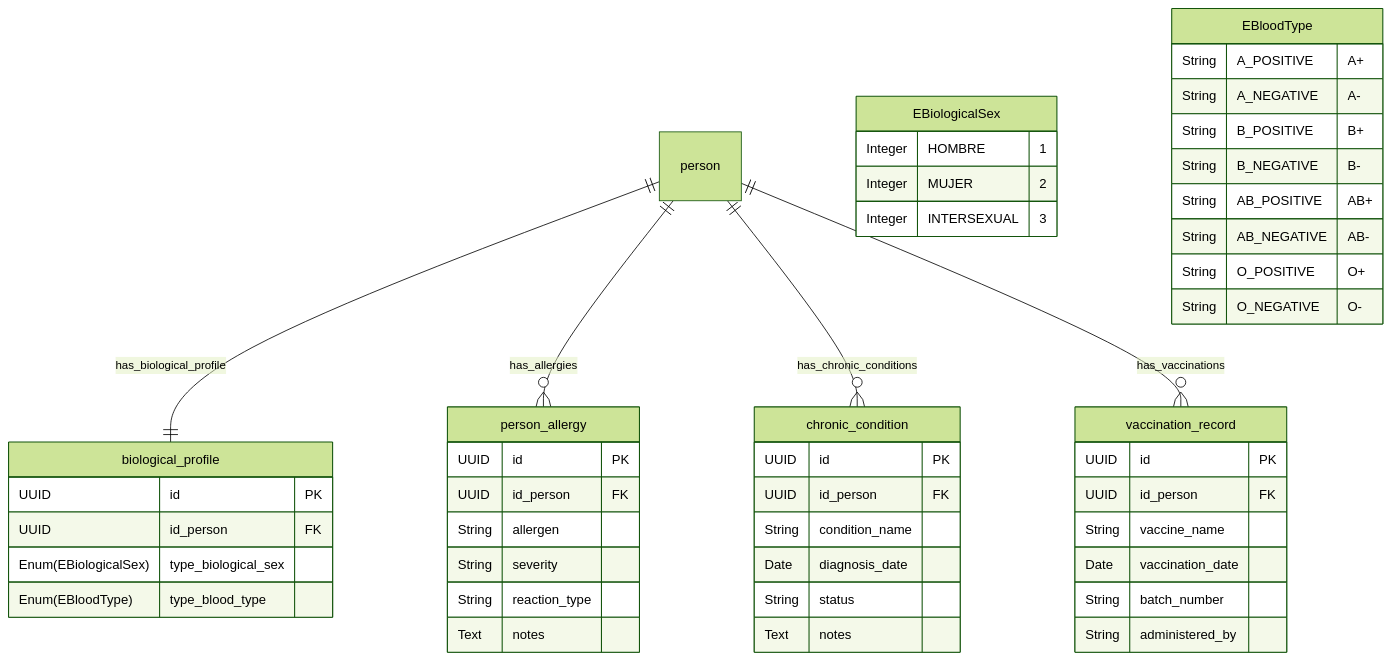
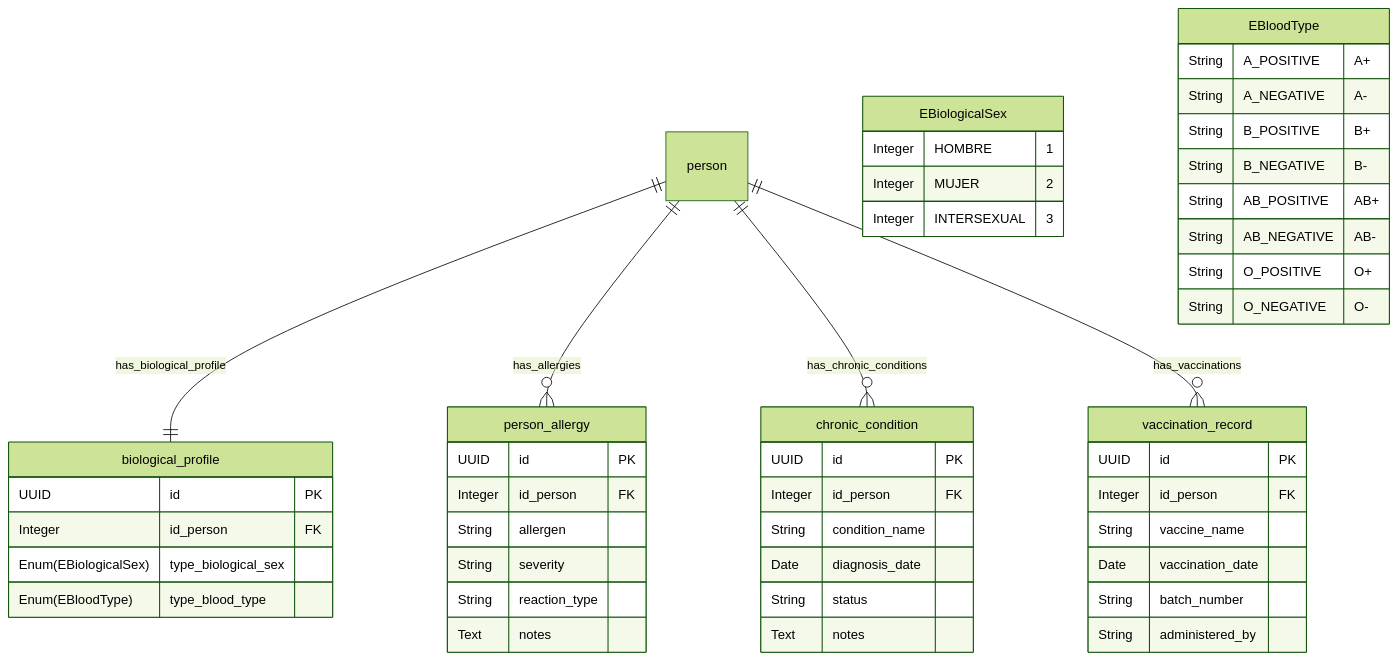
Before and after one commit to m4ck-y/dh_docs: the diagram in db/postgres/health_profile/erd.mmd, drawn with Mermaid (forest theme). The commit also changed 17 other files, not shown here.

```diff
--- a/db/postgres/health_profile/erd.mmd
+++ b/db/postgres/health_profile/erd.mmd
@@ -1,73 +1,73 @@
 erDiagram
     %% HEALTH_PROFILE SCHEMA
     %% Perfil biologico y clinico de la persona
 
     %% REFERENCIAS EXTERNAS
     %% person: definida en schema people
 
     %% RELACIONES
     person ||--|| biological_profile : "has_biological_profile"
     person ||--o{ person_allergy : "has_allergies"
     person ||--o{ chronic_condition : "has_chronic_conditions"
     person ||--o{ vaccination_record : "has_vaccinations"
 
     %% ENUMS
     %% EBiologicalSex: sexo biologico (HOMBRE=1, MUJER=2, INTERSEXUAL=3)
     %% EBloodType: tipo de sangre (A+, A-, B+, B-, AB+, AB-, O+, O-)
     EBiologicalSex {
         Integer HOMBRE "1"
         Integer MUJER "2"
         Integer INTERSEXUAL "3"
     }
 
     EBloodType {
         String A_POSITIVE "A+"
         String A_NEGATIVE "A-"
         String B_POSITIVE "B+"
         String B_NEGATIVE "B-"
         String AB_POSITIVE "AB+"
         String AB_NEGATIVE "AB-"
         String O_POSITIVE "O+"
         String O_NEGATIVE "O-"
     }
 
     %% ENTIDADES
     %% biological_profile: perfil biologico de la persona
     %% type_biological_sex: sexo biologico (enum)
     %% type_blood_type: tipo de sangre (enum)
     biological_profile {
         UUID id PK
-        UUID id_person FK
+        Integer id_person FK
         Enum(EBiologicalSex) type_biological_sex
         Enum(EBloodType) type_blood_type
     }
 
     %% person_allergy: alergias del paciente
     person_allergy {
         UUID id PK
-        UUID id_person FK
+        Integer id_person FK
         String allergen
         String severity
         String reaction_type
         Text notes
     }
 
     %% chronic_condition: condiciones cronicas de salud
     chronic_condition {
         UUID id PK
-        UUID id_person FK
+        Integer id_person FK
         String condition_name
         Date diagnosis_date
         String status
         Text notes
     }
 
     %% vaccination_record: historial de vacunacion
     vaccination_record {
         UUID id PK
-        UUID id_person FK
+        Integer id_person FK
         String vaccine_name
         Date vaccination_date
         String batch_number
         String administered_by
     }
```
